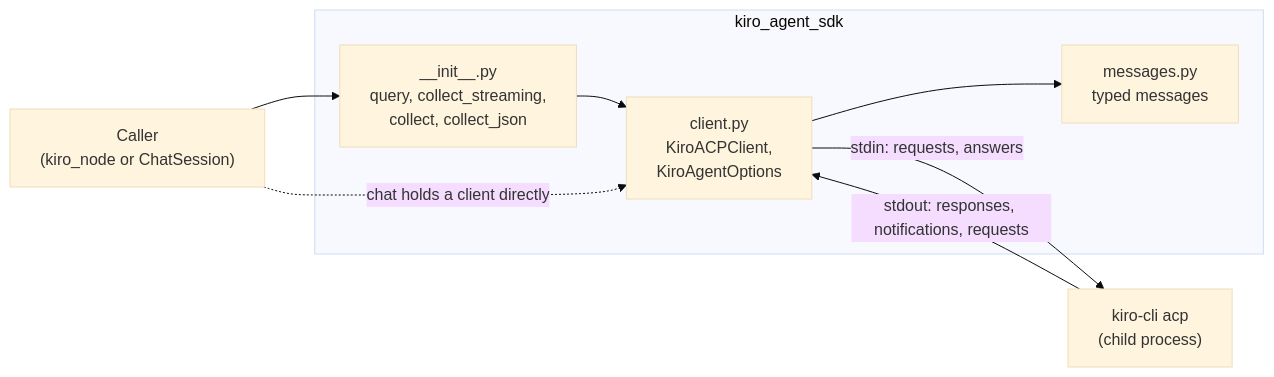
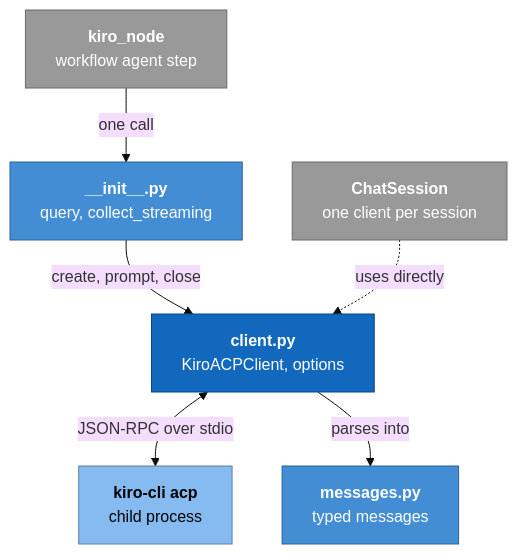
Before and after one commit to ram-020998/project-tracker: the first of 2 diagrams in genesis/architecture/modules/kiro-agent-sdk.md, drawn with Mermaid (base theme). The commit also changed other lines of this file and 24 other files, not shown here.

First line of the commit message:
architecture: rewrite all 86 Mermaid diagrams to one C4 style, each render-checked

````diff
--- a/genesis/architecture/modules/kiro-agent-sdk.md
+++ b/genesis/architecture/modules/kiro-agent-sdk.md
@@ -44,15 +44,22 @@
 ```mermaid
-flowchart LR
-    caller["Caller<br/>(kiro_node or ChatSession)"]
-    subgraph sdk["kiro_agent_sdk"]
-        api["__init__.py<br/>query, collect_streaming,<br/>collect, collect_json"]
-        client["client.py<br/>KiroACPClient,<br/>KiroAgentOptions"]
-        msgs["messages.py<br/>typed messages"]
-    end
-    kiro["kiro-cli acp<br/>(child process)"]
-    caller --> api --> client
-    caller -. "chat holds a client directly" .-> client
-    client -- "stdin: requests, answers" --> kiro
-    kiro -- "stdout: responses, notifications, requests" --> client
-    client --> msgs
+flowchart TB
+    node["<b>kiro_node</b><br/>workflow agent step"]:::ext
+    chat["<b>ChatSession</b><br/>one client per session"]:::ext
+
+    api["<b>__init__.py</b><br/>query, collect_streaming"]:::comp
+    client["<b>client.py</b><br/>KiroACPClient, options"]:::core
+    msgs["<b>messages.py</b><br/>typed messages"]:::comp
+
+    kiro["<b>kiro-cli acp</b><br/>child process"]:::proc
+
+    node -- "one call" --> api
+    api -- "create, prompt, close" --> client
+    chat -. "uses directly" .-> client
+    client <-- "JSON-RPC over stdio" --> kiro
+    client -- "parses into" --> msgs
+
+    classDef core fill:#1168bd,stroke:#0b4884,color:#ffffff
+    classDef comp fill:#438dd5,stroke:#2e6295,color:#ffffff
+    classDef proc fill:#85bbf0,stroke:#5d82a8,color:#000000
+    classDef ext fill:#999999,stroke:#6b6b6b,color:#ffffff
 ```
````
